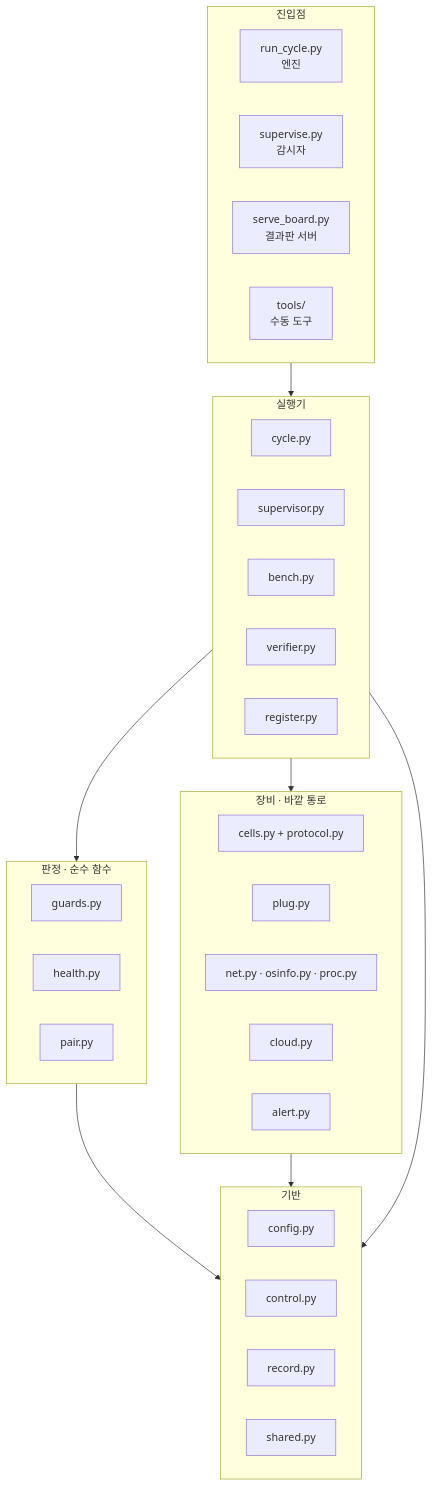
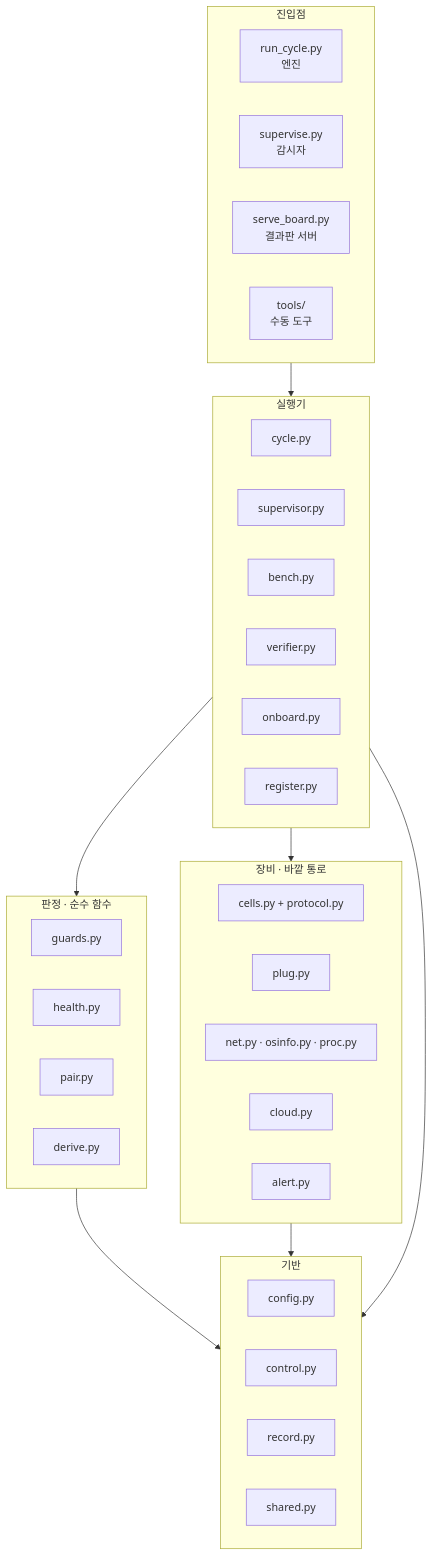
Diagram 21 of 21 in cell-bench/docs/system-map.md (GeonwooKim-fitogether/QA-Automation-Test-Room), drawn with Mermaid before and after one commit. The commit also changed other lines of this file and 23 other files, not shown here.

````diff
--- a/cell-bench/docs/system-map.md
+++ b/cell-bench/docs/system-map.md
@@ -720,45 +722,47 @@
 ```mermaid
 flowchart TD
   subgraph E["진입점"]
     direction LR
     rc["run_cycle.py<br/>엔진"]
     sp["supervise.py<br/>감시자"]
     sbd["serve_board.py<br/>결과판 서버"]
     tl["tools/<br/>수동 도구"]
   end
   subgraph R["실행기"]
     direction LR
     cy["cycle.py"]
     su["supervisor.py"]
     be["bench.py"]
     ve["verifier.py"]
+    ob["onboard.py"]
     rg["register.py"]
   end
   subgraph J["판정 · 순수 함수"]
     direction LR
     gu["guards.py"]
     he["health.py"]
     pa["pair.py"]
+    dv["derive.py"]
   end
   subgraph D["장비 · 바깥 통로"]
     direction LR
     ce["cells.py + protocol.py"]
     pl["plug.py"]
     ne["net.py · osinfo.py · proc.py"]
     cl["cloud.py"]
     al["alert.py"]
   end
   subgraph B["기반"]
     direction LR
     cf["config.py"]
     co["control.py"]
     rd["record.py"]
     sh["shared.py"]
   end
   E --> R
   R --> J
   R --> D
   J --> B
   D --> B
   R --> B
 ```
````
